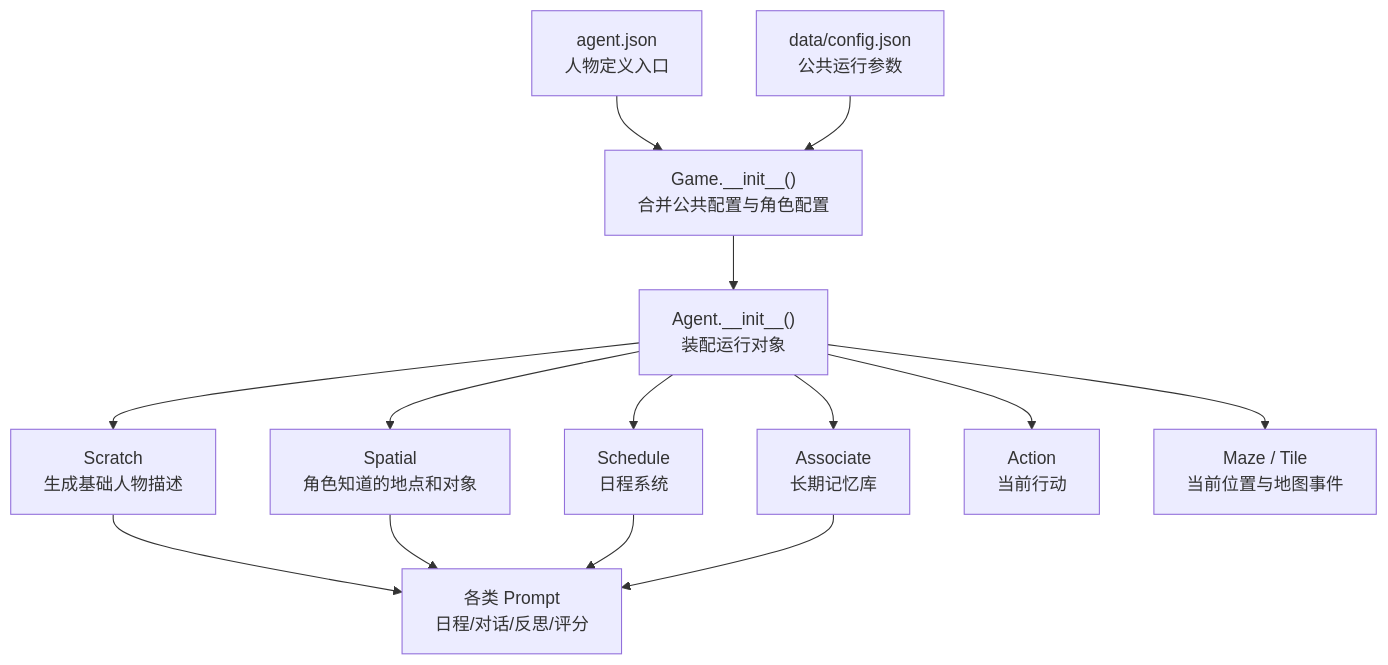
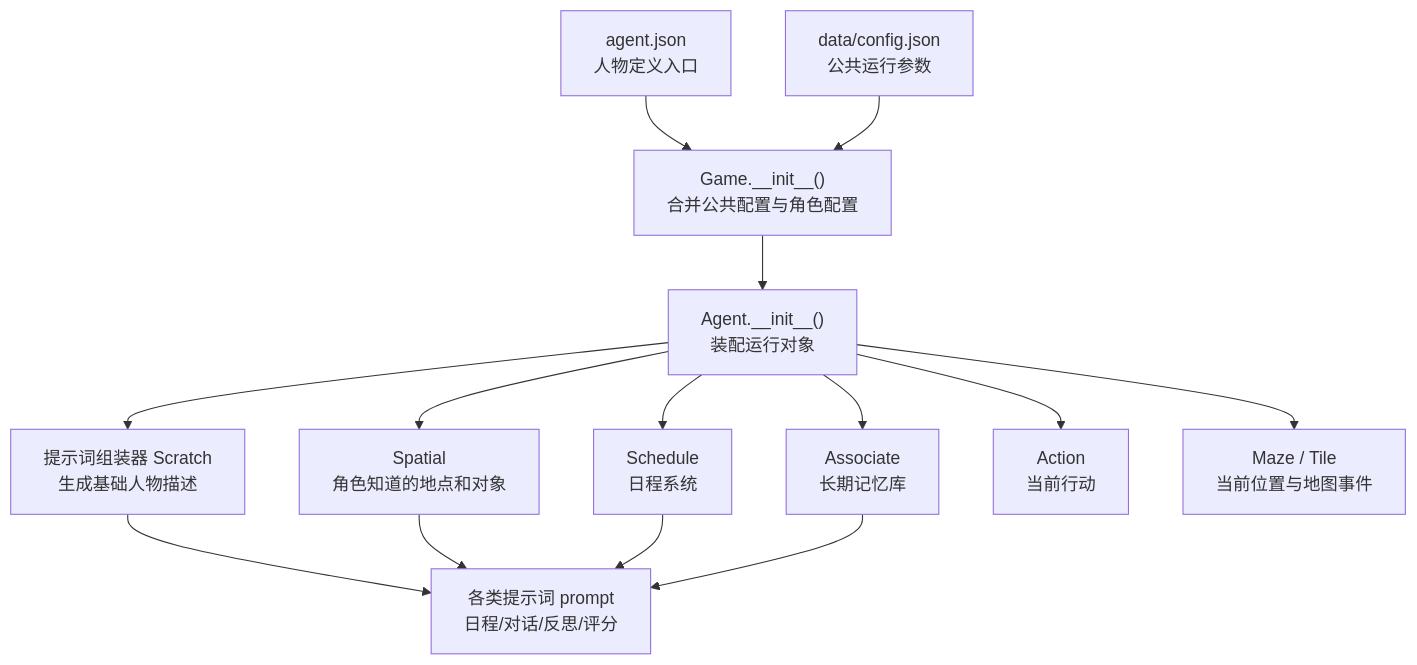
One commit to tbkken/GenerativeAgentsCN changed the second of 3 diagrams in docs/book/manuscript/part_01/chapter_04.md. Above: the diagram before and after it, drawn with Mermaid. The commit also changed other lines of this file and 51 other files, not shown here.

````diff
--- a/docs/book/manuscript/part_01/chapter_04.md
+++ b/docs/book/manuscript/part_01/chapter_04.md
@@ -87,18 +91,18 @@
 ```mermaid
 flowchart TD
     JSON["agent.json<br/>人物定义入口"] --> Game["Game.__init__()<br/>合并公共配置与角色配置"]
     Config["data/config.json<br/>公共运行参数"] --> Game
     Game --> Agent["Agent.__init__()<br/>装配运行对象"]
 
-    Agent --> Scratch["Scratch<br/>生成基础人物描述"]
+    Agent --> Scratch["提示词组装器 Scratch<br/>生成基础人物描述"]
     Agent --> Spatial["Spatial<br/>角色知道的地点和对象"]
     Agent --> Schedule["Schedule<br/>日程系统"]
     Agent --> Associate["Associate<br/>长期记忆库"]
     Agent --> Action["Action<br/>当前行动"]
     Agent --> Maze["Maze / Tile<br/>当前位置与地图事件"]
 
-    Scratch --> Prompts["各类 Prompt<br/>日程/对话/反思/评分"]
+    Scratch --> Prompts["各类提示词 prompt<br/>日程/对话/反思/评分"]
     Spatial --> Prompts
     Schedule --> Prompts
     Associate --> Prompts
 ```
````
